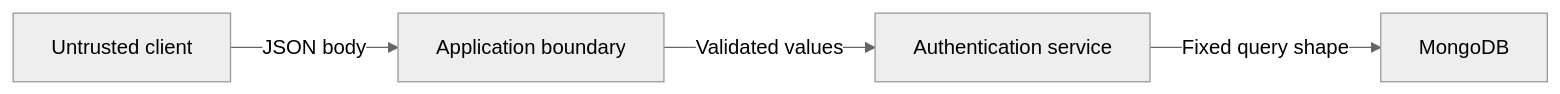
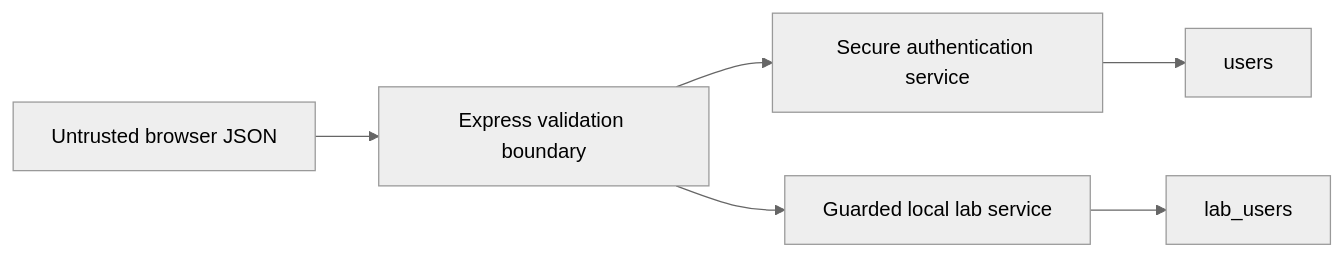
The diagram in docs/SECURITY.md (kiet1i38/modern-database-attacks), drawn with Mermaid (neutral theme) before and after one commit. The commit also changed other lines of this file and 7 other files, not shown here.

````diff
--- a/docs/SECURITY.md
+++ b/docs/SECURITY.md
@@ -38,6 +11,8 @@
-```mermaid
+~~~mermaid
 flowchart LR
-  Client["Untrusted client"] -->|"JSON body"| App["Application boundary"]
-  App -->|"Validated values"| Service["Authentication service"]
-  Service -->|"Fixed query shape"| DB["MongoDB"]
-```
+  Client["Untrusted browser JSON"] --> Boundary["Express validation boundary"]
+  Boundary --> Secure["Secure authentication service"]
+  Boundary --> Lab["Guarded local lab service"]
+  Secure --> SecureDB["users"]
+  Lab --> LabDB["lab_users"]
+~~~
````
